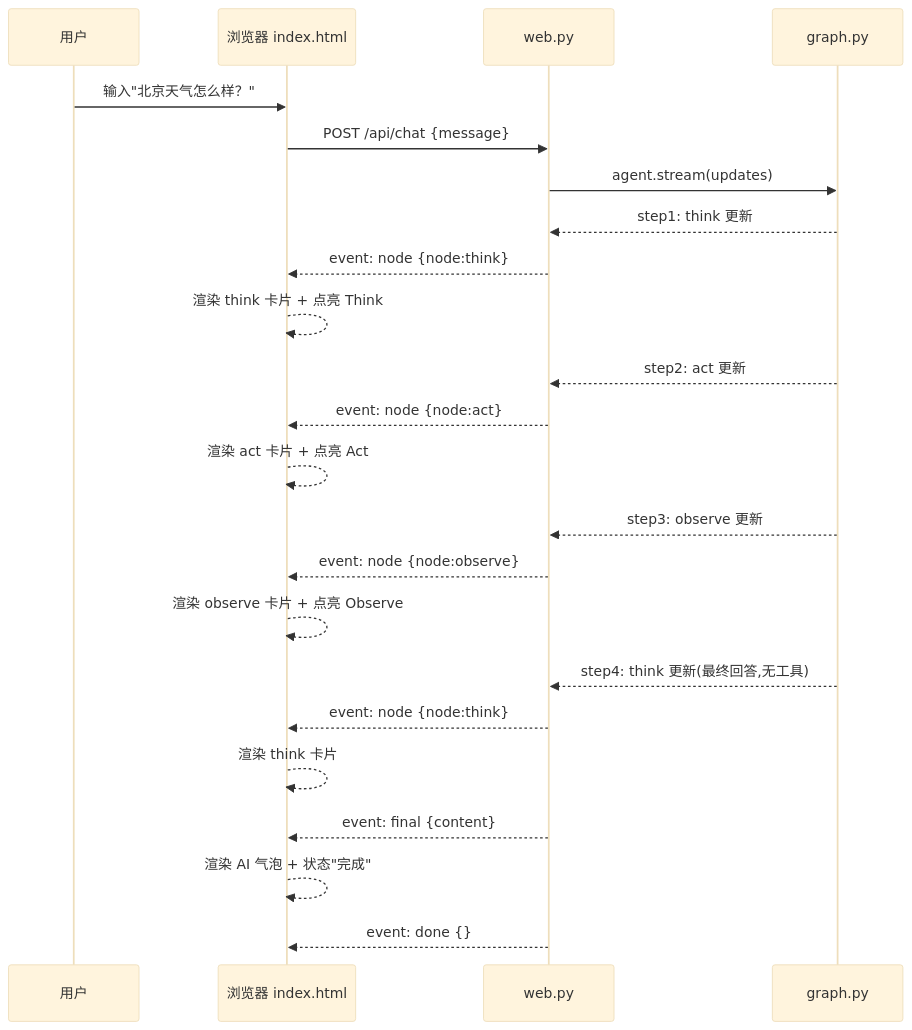
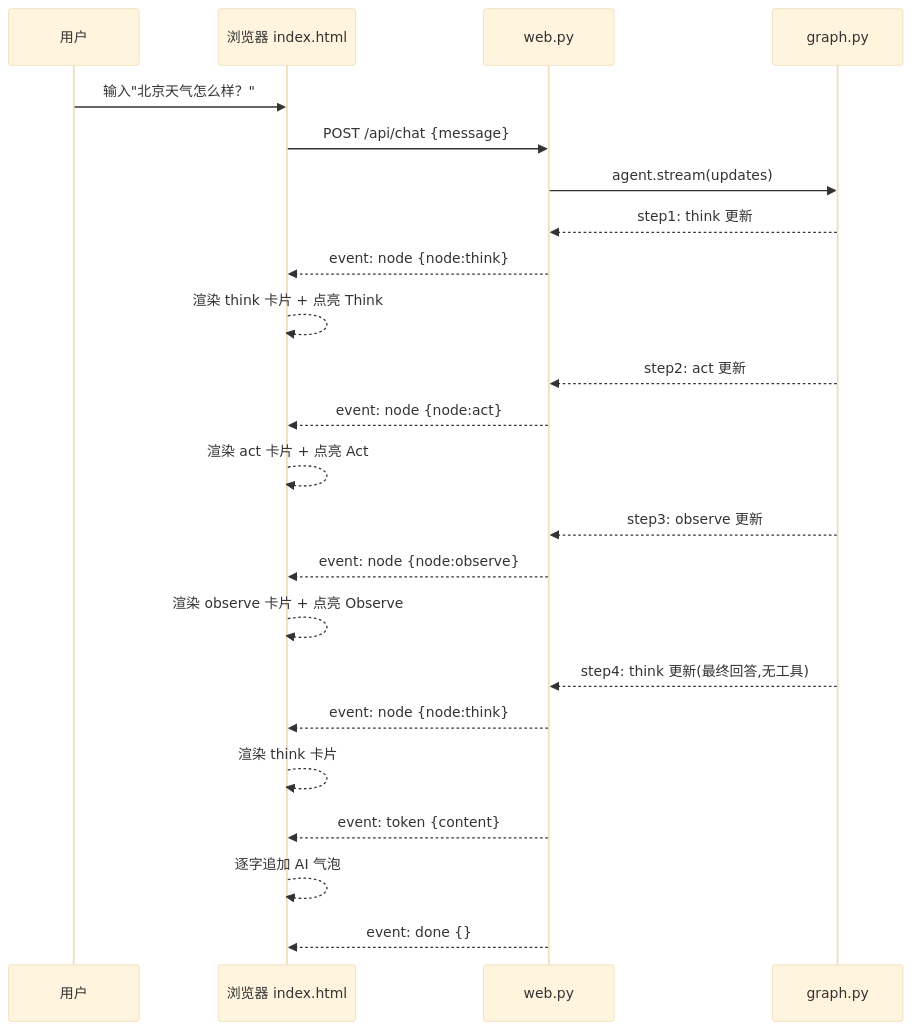
Before and after one commit to Heicrt/test2: the second of 2 diagrams in src/test2/docs/fastapi-sse-前端可视化.md, drawn with Mermaid (base theme). The commit also changed other lines of this file and 11 other files, not shown here.

````diff
--- a/src/test2/docs/fastapi-sse-前端可视化.md
+++ b/src/test2/docs/fastapi-sse-前端可视化.md
@@ -767,30 +738,30 @@
 ```mermaid
 sequenceDiagram
     participant U as 用户
     participant B as 浏览器 index.html
     participant W as web.py
     participant G as graph.py
 
     U->>B: 输入"北京天气怎么样？"
     B->>W: POST /api/chat {message}
     W->>G: agent.stream(updates)
     G-->>W: step1: think 更新
     W-->>B: event: node {node:think}
     B-->>B: 渲染 think 卡片 + 点亮 Think
 
     G-->>W: step2: act 更新
     W-->>B: event: node {node:act}
     B-->>B: 渲染 act 卡片 + 点亮 Act
 
     G-->>W: step3: observe 更新
     W-->>B: event: node {node:observe}
     B-->>B: 渲染 observe 卡片 + 点亮 Observe
 
     G-->>W: step4: think 更新(最终回答,无工具)
     W-->>B: event: node {node:think}
     B-->>B: 渲染 think 卡片
 
-    W-->>B: event: final {content}
-    B-->>B: 渲染 AI 气泡 + 状态"完成"
+    W-->>B: event: token {content}
+    B-->>B: 逐字追加 AI 气泡
     W-->>B: event: done {}
 ```
````
